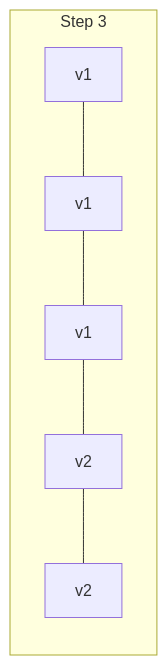
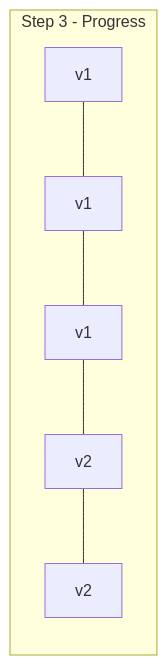
One commit to mortenoh/fastapi-k8s changed the sixth of 9 diagrams in slides.md. Above: the diagram before and after it, drawn with Mermaid. The commit also changed other lines of this file, not shown here.

````diff
--- a/slides.md
+++ b/slides.md
@@ -436,6 +487,6 @@
 ```mermaid
 graph LR
-    subgraph Step 3
+    subgraph Step 3 - Progress
         C1[v1] --- C2[v1] --- C3[v1] --- C4[v2] --- C5[v2]
     end
 ```
````
